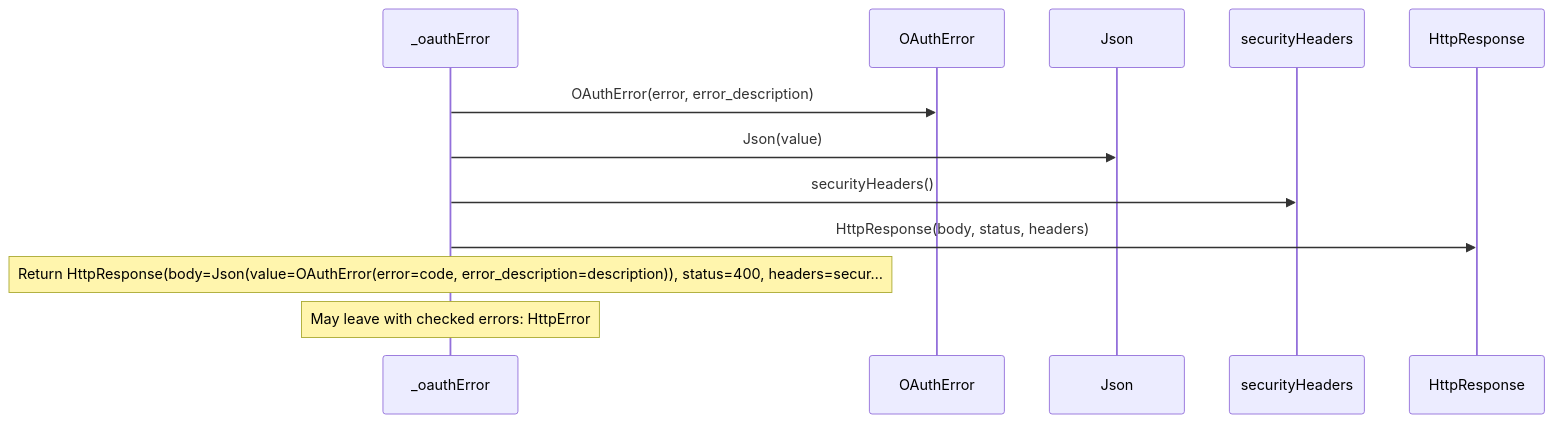
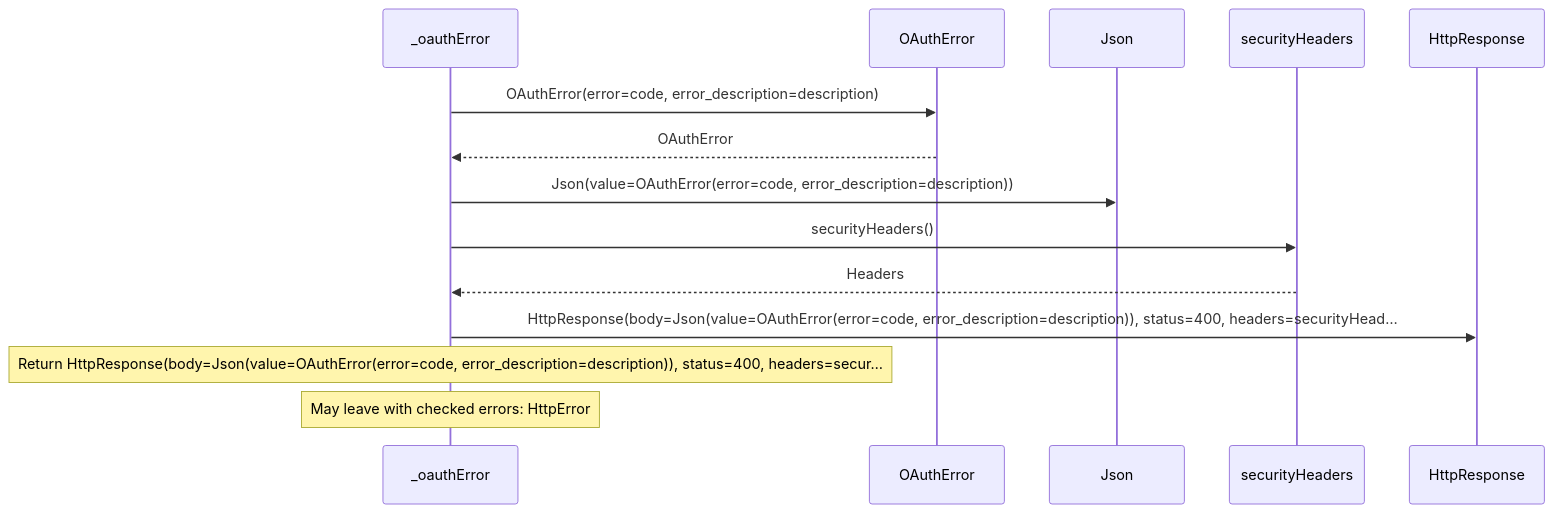
One commit to GreenPandaStudios/augscript changed the third of 6 diagrams in docs/examples/oidc-login/provider/token-diagrams.md. Above: the diagram before and after it, drawn with Mermaid. The commit also changed other lines of this file and 524 other files, not shown here.

Commit message:
Explain checked data flow at folder and service levels

````diff
--- a/docs/examples/oidc-login/provider/token-diagrams.md
+++ b/docs/examples/oidc-login/provider/token-diagrams.md
@@ -101,14 +94,16 @@
 ```mermaid
 sequenceDiagram
     participant p0 as _oauthError
     participant p1 as OAuthError
     participant p2 as Json
     participant p3 as securityHeaders
     participant p4 as HttpResponse
-    p0->>p1: OAuthError(error, error_description)
-    p0->>p2: Json(value)
+    p0->>p1: OAuthError(error=code, error_description=description)
+    p1-->>p0: OAuthError
+    p0->>p2: Json(value=OAuthError(error=code, error_description=description))
     p0->>p3: securityHeaders()
-    p0->>p4: HttpResponse(body, status, headers)
+    p3-->>p0: Headers
+    p0->>p4: HttpResponse(body=Json(value=OAuthError(error=code, error_description=description)), status=400, headers=securityHead…
     Note over p0: Return HttpResponse(body=Json(value=OAuthError(error=code, error_description=description)), status=400, headers=secur…
     Note over p0: May leave with checked errors: HttpError
 ```
````
